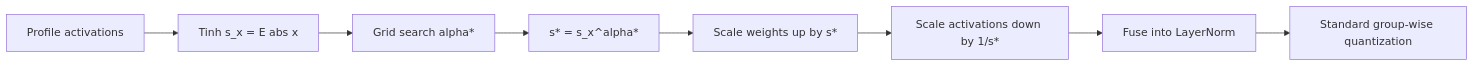
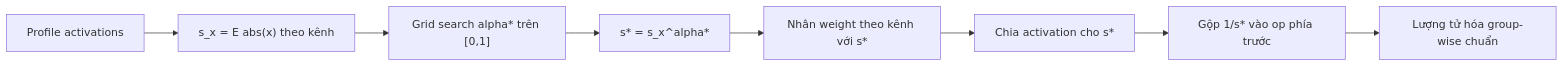
One commit to tuandung222/llama-cpp-architecture-lectures changed the second of 2 diagrams in docs/theory_deep_dive/theory_6_quantization_landscape.md. Above: the diagram before and after it, drawn with Mermaid. The commit also changed other lines of this file and 5 other files, not shown here.

````diff
--- a/docs/theory_deep_dive/theory_6_quantization_landscape.md
+++ b/docs/theory_deep_dive/theory_6_quantization_landscape.md
@@ -116,10 +103,10 @@
 ```mermaid
 graph LR
-    A[Profile activations] --> B[Tinh s_x = E abs x]
-    B --> C[Grid search alpha*]
-    C --> D[s* = s_x^alpha*]
-    D --> E[Scale weights up by s*]
-    E --> F[Scale activations down by 1/s*]
-    F --> G[Fuse into LayerNorm]
-    G --> H[Standard group-wise quantization]
+    A[Profile activations] --> B["s_x = E abs(x) theo kênh"]
+    B --> C["Grid search alpha* trên [0,1]"]
+    C --> D["s* = s_x^alpha*"]
+    D --> E[Nhân weight theo kênh với s*]
+    E --> F[Chia activation cho s*]
+    F --> G[Gộp 1/s* vào op phía trước]
+    G --> H[Lượng tử hóa group-wise chuẩn]
 ```
````
